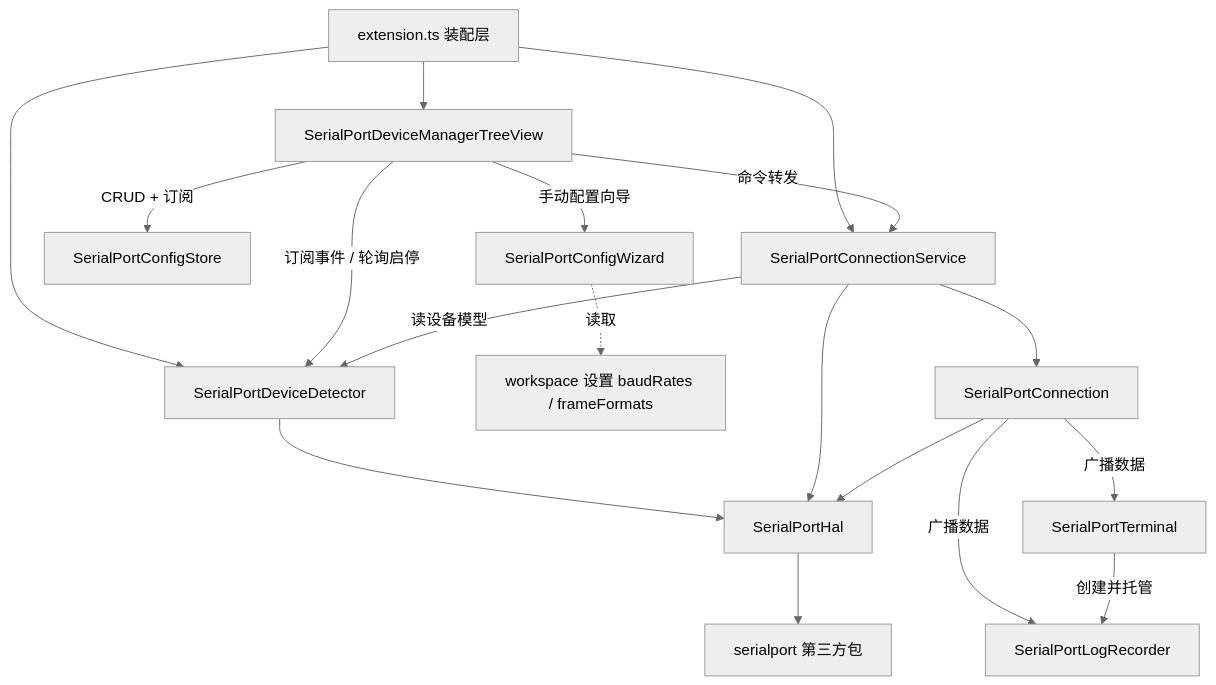
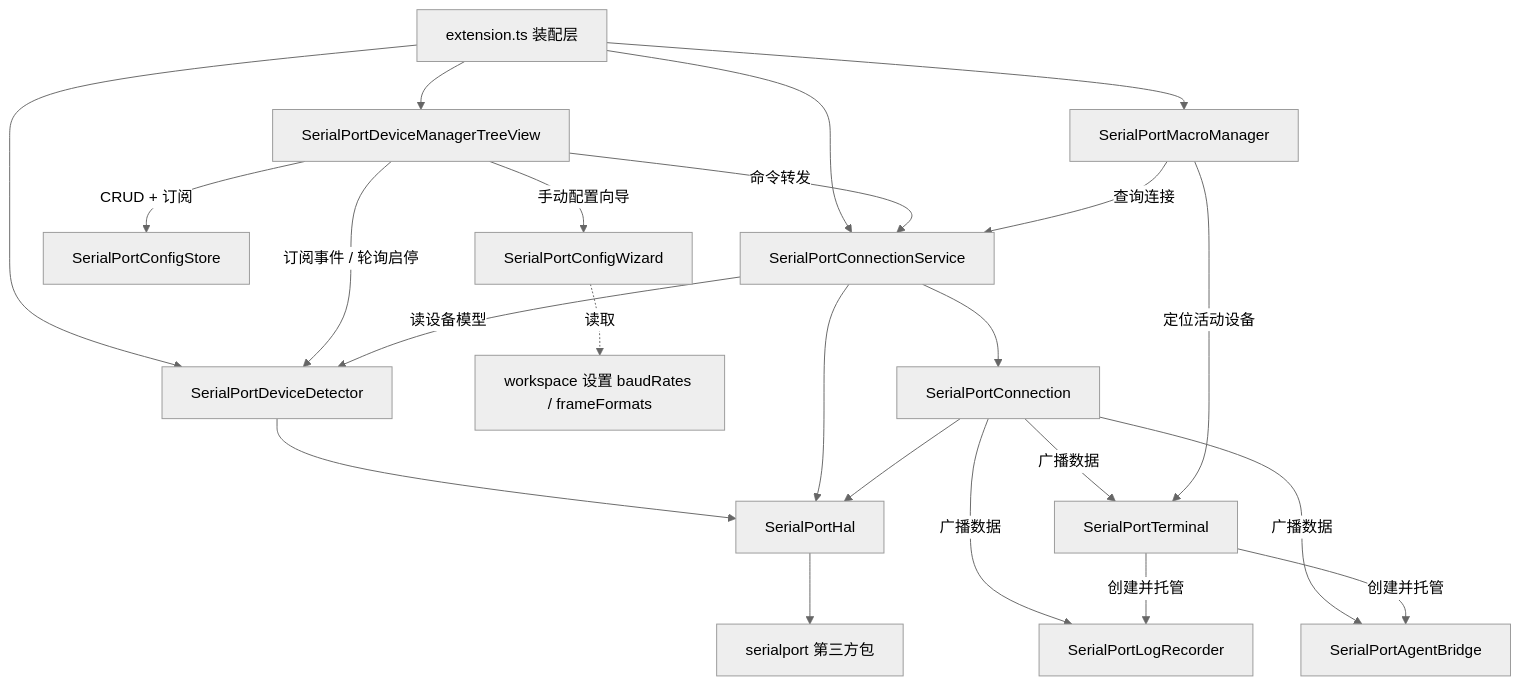
Before and after one commit to ziqiang-zhu/vscode-serial-port-terminal: the first of 5 diagrams in doc/总体架构.md, drawn with Mermaid (neutral theme). The commit also changed other lines of this file and 4 other files, not shown here.

````diff
--- a/doc/总体架构.md
+++ b/doc/总体架构.md
@@ -12,20 +12,25 @@
 ```mermaid
 graph TD
     UI[extension.ts 装配层] --> View[SerialPortDeviceManagerTreeView]
     UI --> Detector[SerialPortDeviceDetector]
     UI --> ConnectionService[SerialPortConnectionService]
+    UI --> MacroSender[SerialPortMacroManager]
     View -->|命令转发| ConnectionService
     View -->|订阅事件 / 轮询启停| Detector
     View -->|CRUD + 订阅| ConfigStore[SerialPortConfigStore]
     View -->|手动配置向导| Wizard[SerialPortConfigWizard]
     Wizard -.->|读取| Settings[workspace 设置 baudRates / frameFormats]
     ConnectionService -->|读设备模型| Detector
     ConnectionService --> Connection[SerialPortConnection]
     Detector --> HAL[SerialPortHal]
     ConnectionService --> HAL
     Connection --> HAL
     Connection -->|广播数据| Terminal[SerialPortTerminal]
     Connection -->|广播数据| LogRecorder[SerialPortLogRecorder]
+    Connection -->|广播数据| AgentBridge[SerialPortAgentBridge]
     Terminal -->|创建并托管| LogRecorder
+    Terminal -->|创建并托管| AgentBridge
+    MacroSender -->|查询连接| ConnectionService
+    MacroSender -->|定位活动设备| Terminal
     HAL --> SP[serialport 第三方包]
 ```
````
